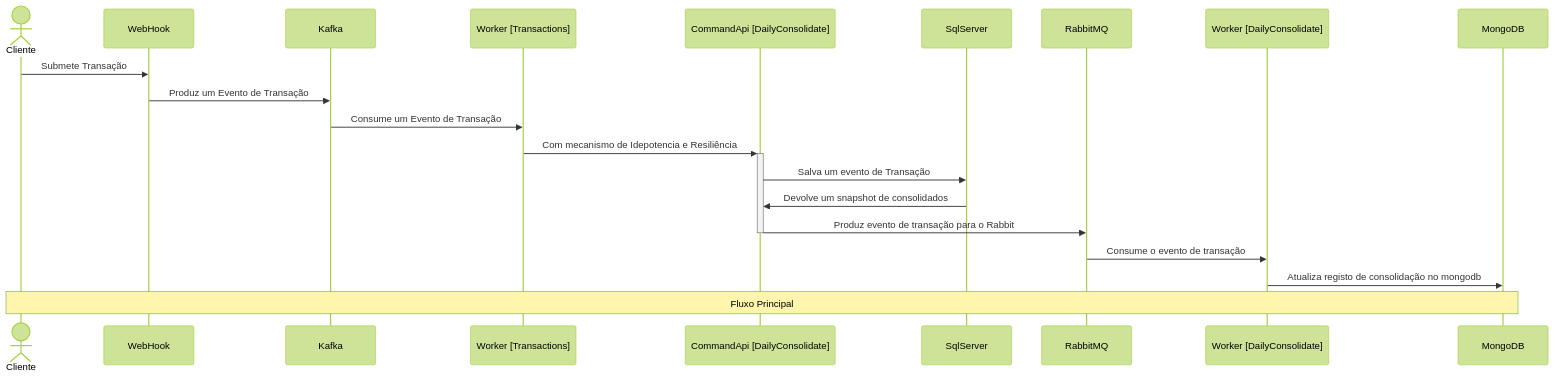
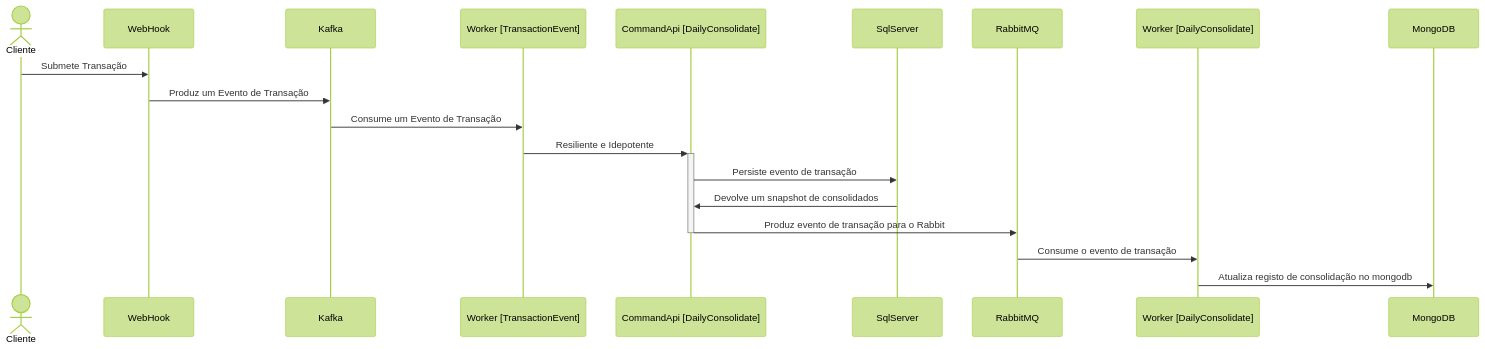
The third of 3 diagrams in README.md (thiagocbcunha/arch-solution), drawn with Mermaid (forest theme) before and after one commit. The commit also changed other lines of this file, not shown here.

````diff
--- a/README.md
+++ b/README.md
@@ -446,24 +186,14 @@
 ```mermaid
 sequenceDiagram
     actor Cliente
-    participant WebHook
-    participant Kafka
-    participant Worker [Transactions]
-    participant CommandApi [DailyConsolidate]
-    participant SqlServer
-    participant RabbitMQ
-    participant Worker [DailyConsolidate]
-    participant MongoDB
 
     Cliente->>WebHook: Submete Transação
     WebHook->>Kafka: Produz um Evento de Transação
-    Kafka->>Worker [Transactions]: Consume um Evento de Transação
-    Worker [Transactions]->>+CommandApi [DailyConsolidate]: Com mecanismo de Idepotencia e Resiliência
-    CommandApi [DailyConsolidate]->>SqlServer: Salva um evento de Transação
+    Kafka->>Worker [TransactionEvent]: Consume um Evento de Transação
+    Worker [TransactionEvent]->>+CommandApi [DailyConsolidate]: Resiliente e Idepotente
+    CommandApi [DailyConsolidate]->>SqlServer: Persiste evento de transação
     SqlServer->>CommandApi [DailyConsolidate]: Devolve um snapshot de consolidados
     CommandApi [DailyConsolidate]->>-RabbitMQ: Produz evento de transação para o Rabbit
     RabbitMQ->>Worker [DailyConsolidate]: Consume o evento de transação
     Worker [DailyConsolidate]->>MongoDB: Atualiza registo de consolidação no mongodb
-
-    Note over Cliente, MongoDB: Fluxo Principal
 ```
````
